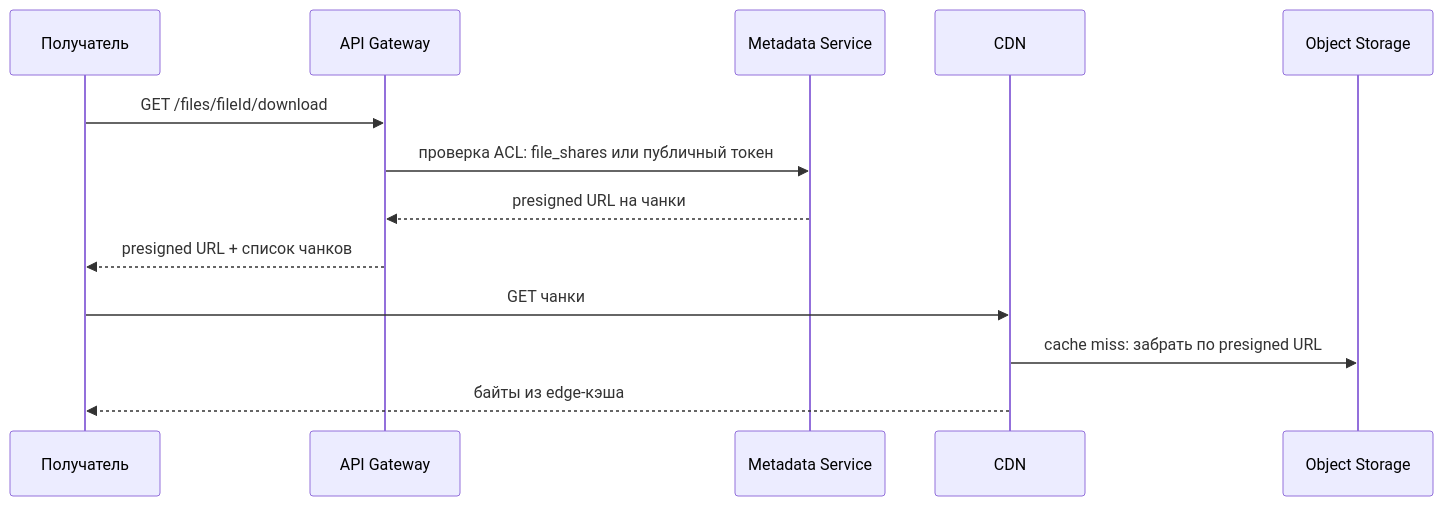
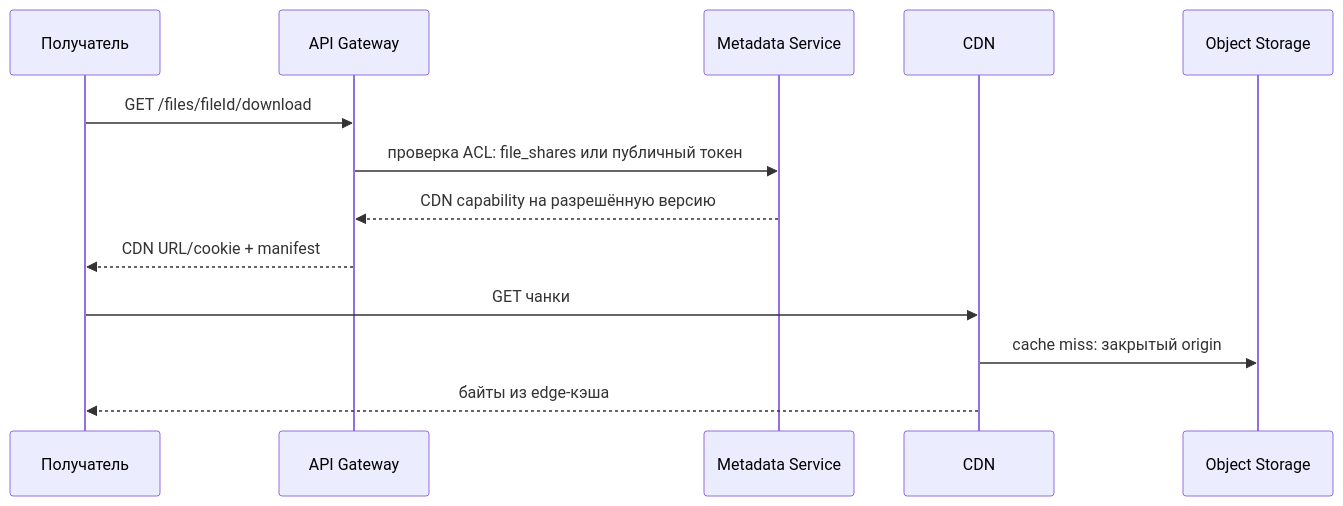
The sixth of 6 diagrams in 02-case-studies/file-storage.md (AlohaJava/system-design-interview-chamkin), drawn with Mermaid before and after one commit. The commit also changed other lines of this file and 49 other files, not shown here.

````diff
--- a/02-case-studies/file-storage.md
+++ b/02-case-studies/file-storage.md
@@ -405,16 +364,16 @@
 ```mermaid
 sequenceDiagram
     participant U as Получатель
     participant G as API Gateway
     participant M as Metadata Service
     participant D as CDN
     participant S as Object Storage
 
     U->>G: GET /files/fileId/download
     G->>M: проверка ACL: file_shares или публичный токен
-    M-->>G: presigned URL на чанки
-    G-->>U: presigned URL + список чанков
+    M-->>G: CDN capability на разрешённую версию
+    G-->>U: CDN URL/cookie + manifest
     U->>D: GET чанки
-    D->>S: cache miss: забрать по presigned URL
+    D->>S: cache miss: закрытый origin
     D-->>U: байты из edge-кэша
 ```
````
